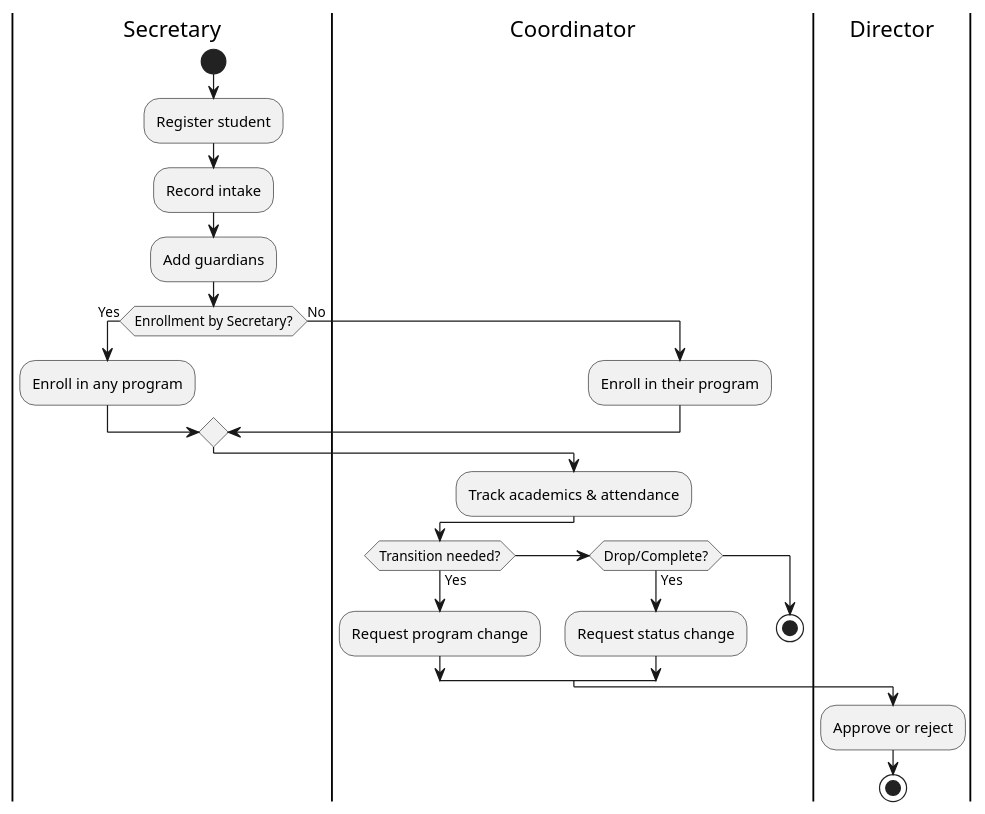
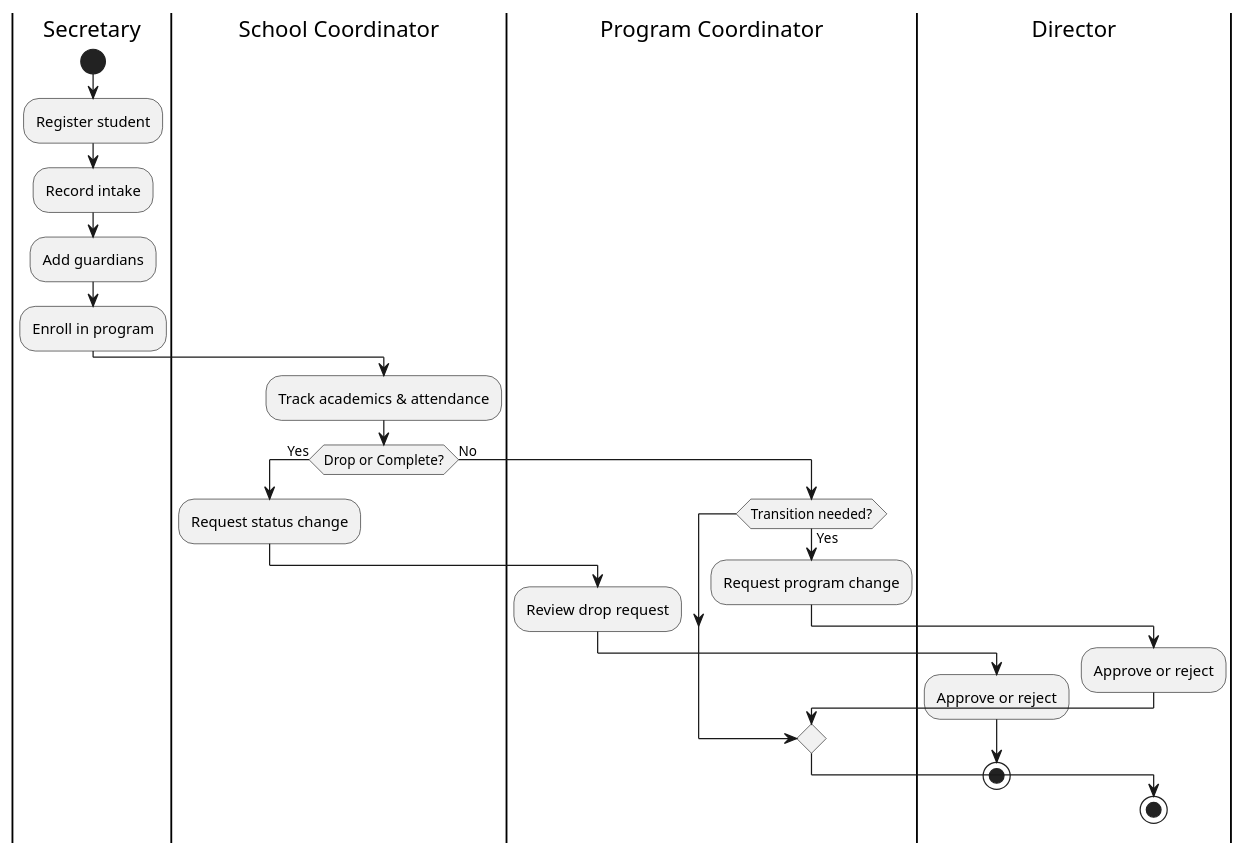
Before and after one commit to TainYanTun/BHSMS-Architectural-Blueprint: the diagram in activity-diagram/workflow_student.puml, drawn with PlantUML. The commit also changed 20 other files, not shown here.

First line of the commit message:
Refactor financial schema: program_funding + payouts, remove old tables

```diff
--- a/activity-diagram/workflow_student.puml
+++ b/activity-diagram/workflow_student.puml
@@ -1,29 +1,28 @@
 @startuml
 |Secretary|
 start
 :Register student;
 :Record intake;
 :Add guardians;
+:Enroll in program;
 
-if (Enrollment by Secretary?) then (Yes)
-  :Enroll in any program;
-else (No)
-  |Coordinator|
-  :Enroll in their program;
-endif
-
-|Coordinator|
+|School Coordinator|
 :Track academics & attendance;
 
-if (Transition needed?) then (Yes)
-  :Request program change;
-elseif (Drop/Complete?) then (Yes)
+if (Drop or Complete?) then (Yes)
   :Request status change;
-else
+  |Program Coordinator|
+  :Review drop request;
+  |Director|
+  :Approve or reject;
+  stop
+else (No)
+  |Program Coordinator|
+  if (Transition needed?) then (Yes)
+    :Request program change;
+    |Director|
+    :Approve or reject;
+  endif
   stop
 endif
-
-|Director|
-:Approve or reject;
-stop
 @enduml
```
